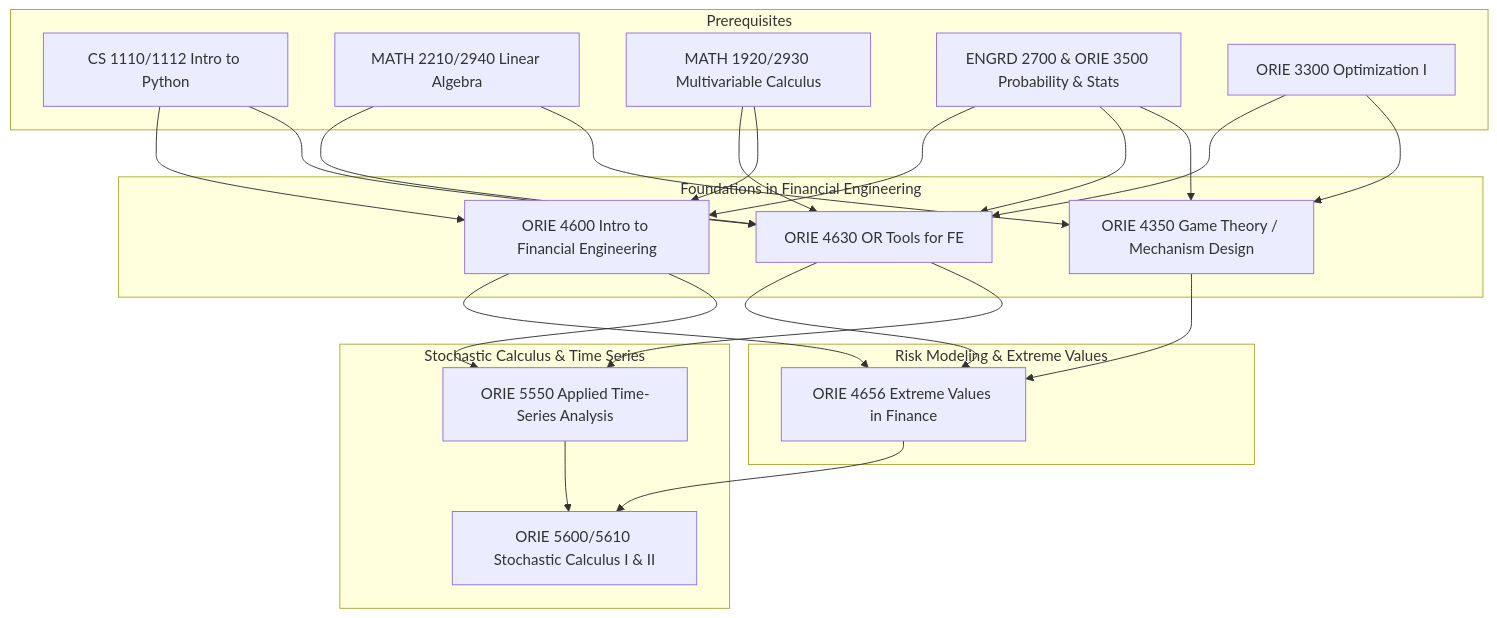
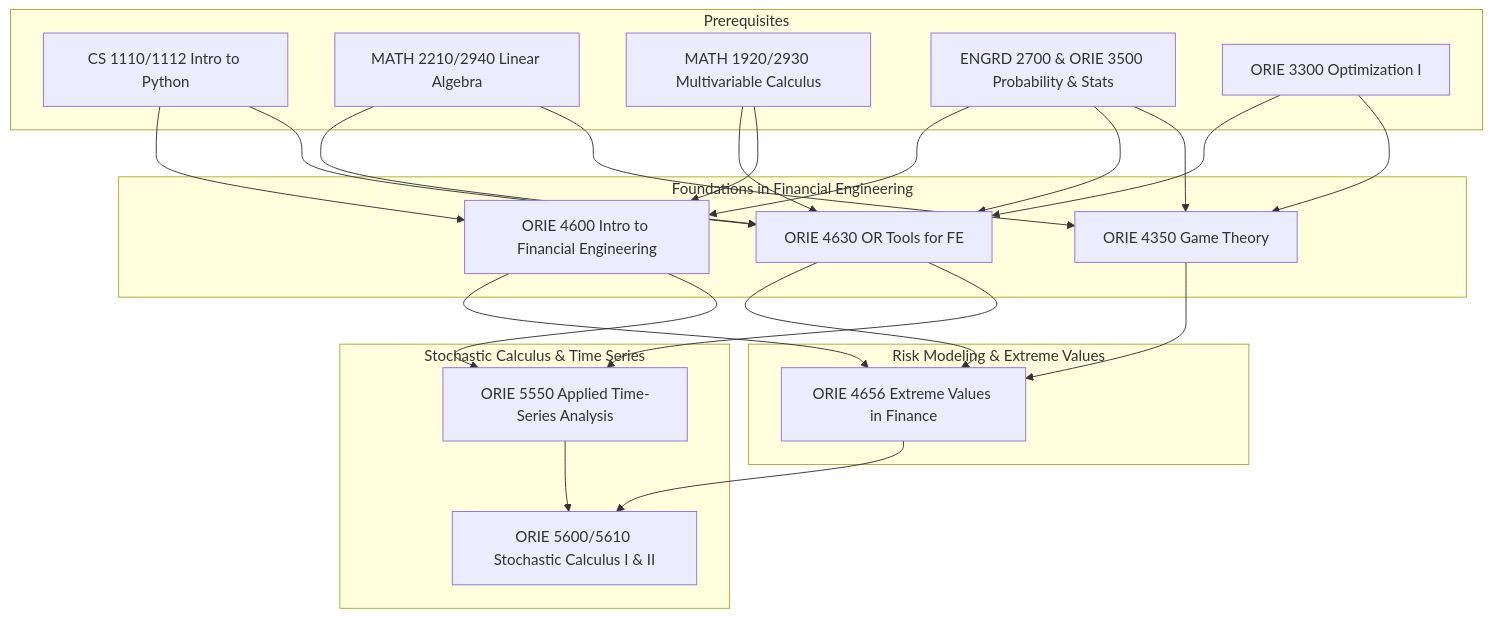
The diagram in oriefineng.md (jmyphn/engineering-wiki), drawn with Mermaid before and after one commit. The commit also changed 2 other files, not shown here.

Commit message:
fixing bugs

````diff
--- a/oriefineng.md
+++ b/oriefineng.md
@@ -14,53 +14,53 @@
 ```mermaid
 flowchart TD
 
   %% ===== PREREQS =====
   subgraph A1[Prerequisites]
     A1a[CS 1110/1112 Intro to Python]
     A1b[MATH 2210/2940 Linear Algebra]
     A1c[MATH 1920/2930 Multivariable Calculus]
     A1d[ENGRD 2700 & ORIE 3500 Probability & Stats]
     A1e[ORIE 3300 Optimization I]
   end
 
   %% ===== FOUNDATIONS =====
   subgraph B1[Foundations in Financial Engineering]
     B1a[ORIE 4600 Intro to Financial Engineering]
     B1b[ORIE 4630 OR Tools for FE]
-    B1c[ORIE 4350 Game Theory / Mechanism Design]
+    B1c[ORIE 4350 Game Theory]
   end
 
   %% ===== RISK & EXTREME EVENTS =====
   subgraph C1[Risk Modeling & Extreme Values]
     C1a[ORIE 4656 Extreme Values in Finance]
   end
 
   %% ===== ADVANCED STOCHASTIC MODELING =====
   subgraph D1[Stochastic Calculus & Time Series]
     D1a[ORIE 5550 Applied Time-Series Analysis]
     D1b[ORIE 5600/5610 Stochastic Calculus I & II]
   end
 
   %% ===== LINKS =====
   A1a --> B1a
   A1a --> B1b
   A1b --> B1b
   A1b --> B1c
   A1c --> B1b
   A1c --> B1a
   A1d --> B1a
   A1d --> B1b
   A1d --> B1c
   A1e --> B1b
   A1e --> B1c
 
   B1a --> C1a
   B1b --> C1a
   B1c --> C1a
 
   B1a --> D1a
   B1b --> D1a
   C1a --> D1b
   D1a --> D1b
 
 ```
````
